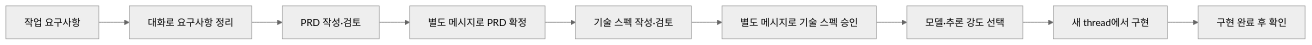
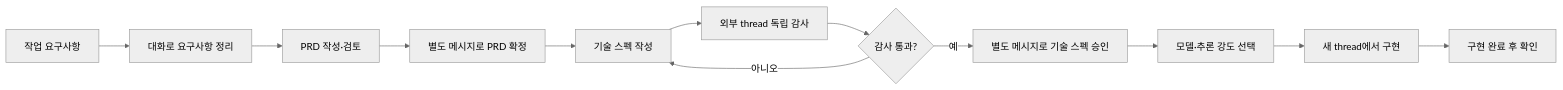
Before and after one commit to j-token/j-token-codex-workflow-kit: the diagram in README.md, drawn with Mermaid (neutral theme). The commit also changed other lines of this file and 9 other files, not shown here.

````diff
--- a/README.md
+++ b/README.md
@@ -24,11 +25,14 @@
 ```mermaid
 flowchart LR
     A["작업 요구사항"] --> B["대화로 요구사항 정리"]
     B --> C["PRD 작성·검토"]
     C --> D["별도 메시지로 PRD 확정"]
-    D --> E["기술 스펙 작성·검토"]
-    E --> F["별도 메시지로 기술 스펙 승인"]
-    F --> G["모델·추론 강도 선택"]
-    G --> H["새 thread에서 구현"]
-    H --> I["구현 완료 후 확인"]
+    D --> E["기술 스펙 작성"]
+    E --> F["외부 thread 독립 감사"]
+    F --> G{"감사 통과?"}
+    G -- "아니오" --> E
+    G -- "예" --> H["별도 메시지로 기술 스펙 승인"]
+    H --> I["모델·추론 강도 선택"]
+    I --> J["새 thread에서 구현"]
+    J --> K["구현 완료 후 확인"]
 ```
````
